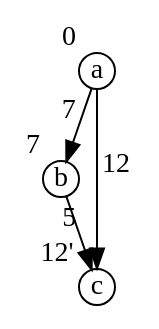
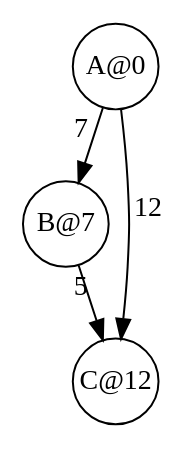
One commit to increpare/comusic changed the diagram in graph1.dot. Above: the diagram before and after it, drawn with Graphviz. The commit also changed 5 other files, not shown here.

```diff
--- a/graph1.dot
+++ b/graph1.dot
@@ -1,9 +1,9 @@
 digraph G {
-	node [shape=circle fixedsize=true width=0.25 height=0.25 ]
-	a [xlabel="0" label="a"]
-	b [xlabel="7" label="b"]
-	c [xlabel="12'" label="c"]
+	node [shape=circle fixedsize=true width=0.6 height=0.6 ]
+	a [ label="A@0"]
+	b [ label="B@7"]
+	c [ label="C@12"]
 	a -> b [ xlabel="7"];
 	b -> c [ xlabel="5"];
 	a -> c [ xlabel="12" ];
 }
```
